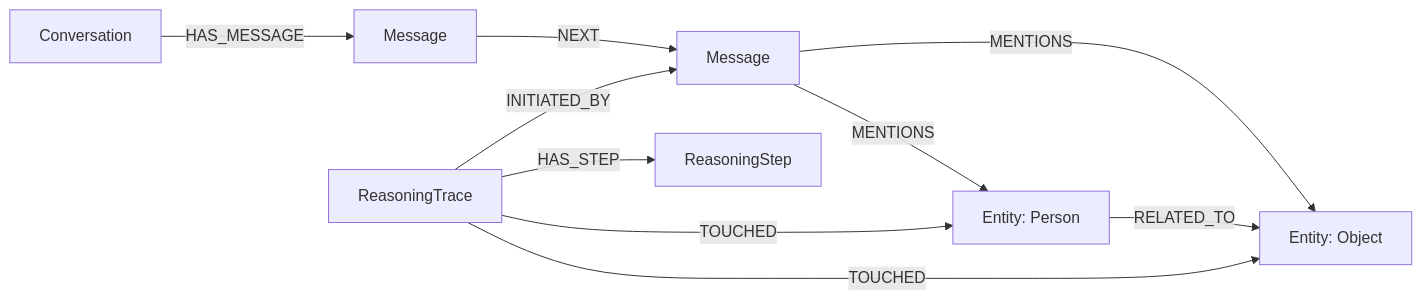
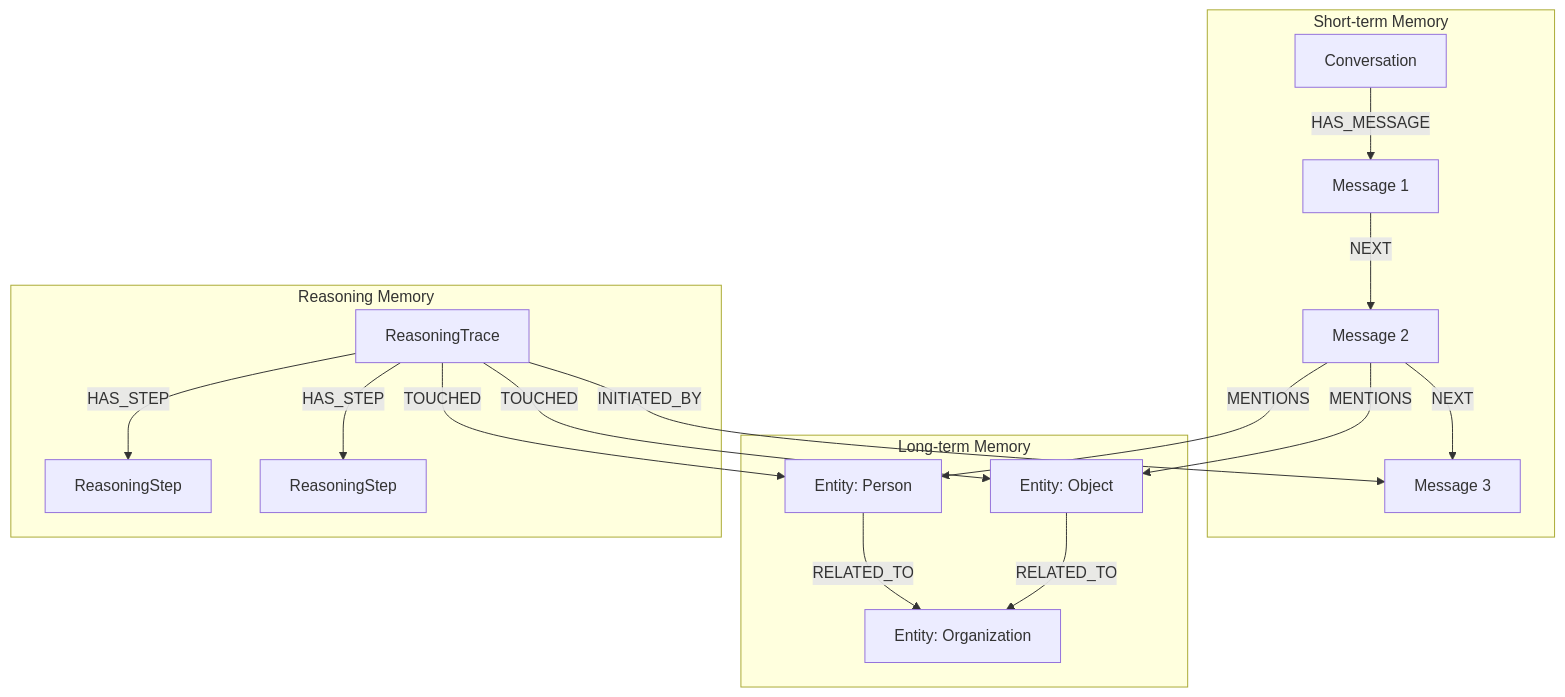
The fourth of 5 diagrams in README.md (hkevin01/vector-index-graph-memory), drawn with Mermaid before and after one commit. The commit also changed other lines of this file, not shown here.

````diff
--- a/README.md
+++ b/README.md
@@ -281,12 +364,32 @@
 ```mermaid
-graph LR
-    C[Conversation] -->|HAS_MESSAGE| M1[Message]
-    M1 -->|NEXT| M2[Message]
-    M2 -->|MENTIONS| E1[Entity: Person]
-    M2 -->|MENTIONS| E2[Entity: Object]
-    E1 -->|RELATED_TO| E2
-    T[ReasoningTrace] -->|INITIATED_BY| M2
-    T -->|HAS_STEP| S[ReasoningStep]
-    T -->|TOUCHED| E1
-    T -->|TOUCHED| E2
+graph TD
+    subgraph ShortTerm["Short-term Memory"]
+        CV[Conversation]
+        M1[Message 1]
+        M2[Message 2]
+        M3[Message 3]
+    end
+    subgraph LongTerm["Long-term Memory"]
+        EP[Entity: Person]
+        EO[Entity: Object]
+        EG[Entity: Organization]
+    end
+    subgraph Reasoning["Reasoning Memory"]
+        RT[ReasoningTrace]
+        RS1[ReasoningStep]
+        RS2[ReasoningStep]
+    end
+
+    CV -->|HAS_MESSAGE| M1
+    M1 -->|NEXT| M2
+    M2 -->|NEXT| M3
+    M2 -->|MENTIONS| EP
+    M2 -->|MENTIONS| EO
+    EP -->|RELATED_TO| EG
+    EO -->|RELATED_TO| EG
+    RT -->|INITIATED_BY| M3
+    RT -->|HAS_STEP| RS1
+    RT -->|HAS_STEP| RS2
+    RT -->|TOUCHED| EP
+    RT -->|TOUCHED| EO
 ```
````
